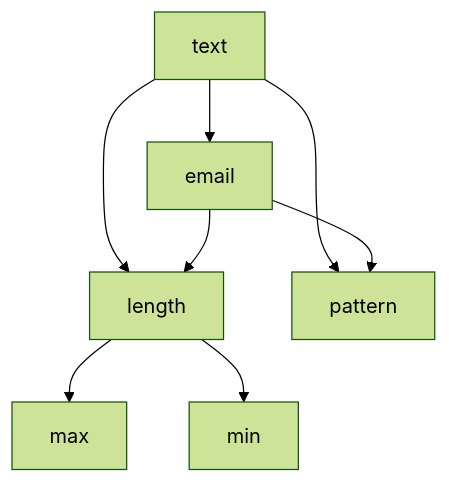
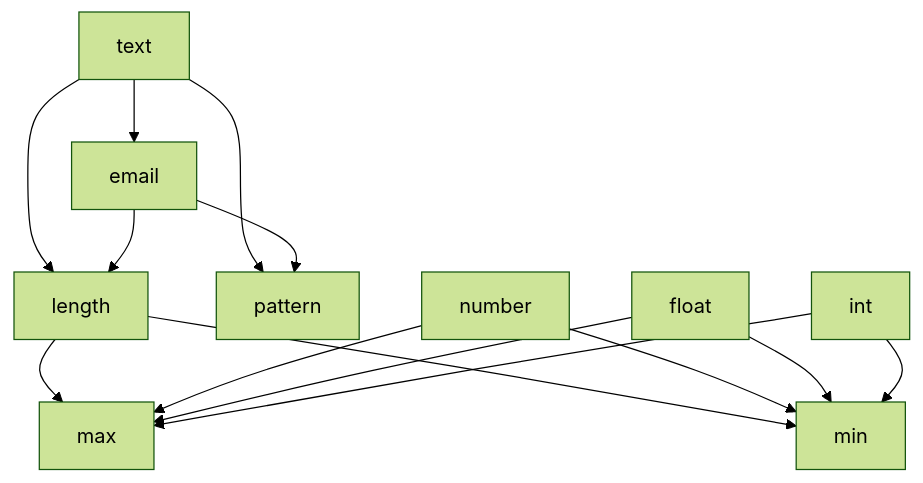
Before and after one commit to jitesoft/php-validator: the second of 2 diagrams in README.md, drawn with Mermaid (forest theme). The commit also changed 2 other files, not shown here.

Commit message:
Implemented integer test.

````diff
--- a/README.md
+++ b/README.md
@@ -93,11 +93,22 @@
 ```mermaid
 graph TD;
 
 text-->email
 text-->length
 text-->pattern
+
 email-->length
+email-->pattern
+
 length-->max
 length-->min
-email-->pattern
+
+number-->min
+number-->max
+
+float-->min
+float-->max
+
+int-->min
+int-->max
 ```
````
